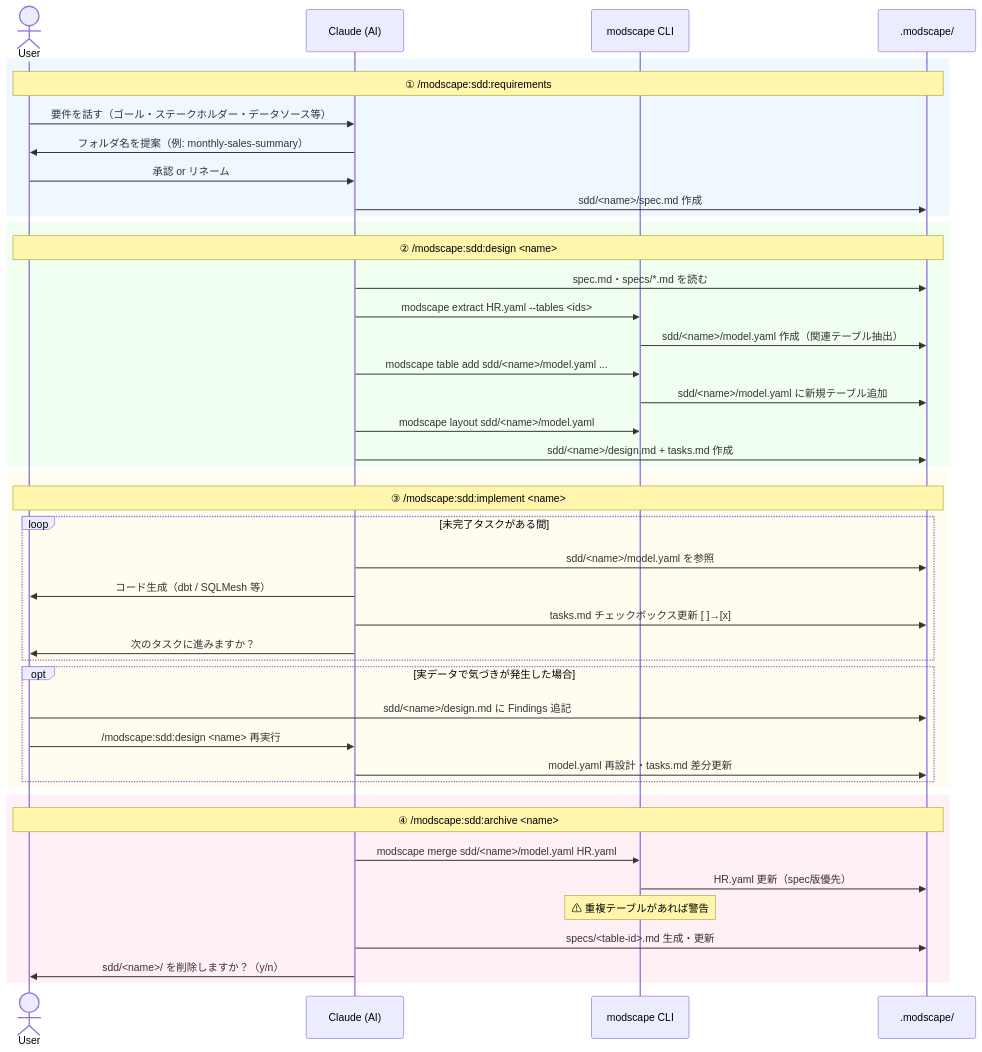
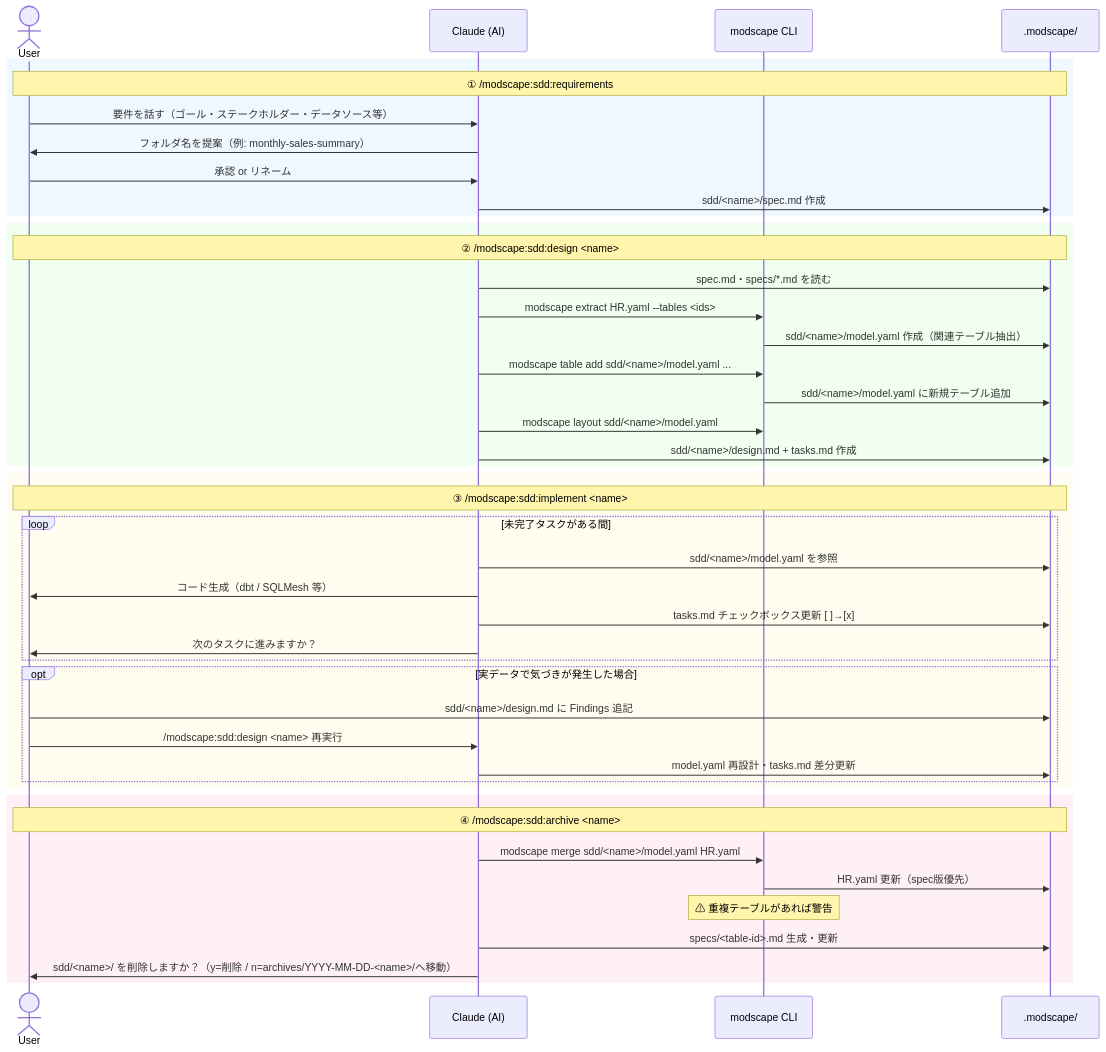
The diagram in README.ja.md (yujikawa/modscape), drawn with Mermaid before and after one commit. The commit also changed other lines of this file and 2 other files, not shown here.

Commit message:
Modify archive

````diff
--- a/README.ja.md
+++ b/README.ja.md
@@ -560,50 +560,50 @@
 ```mermaid
 sequenceDiagram
     actor User
     participant AI as Claude (AI)
     participant CLI as modscape CLI
     participant FS as .modscape/
 
     rect rgb(240, 248, 255)
         Note over User,FS: ① /modscape:sdd:requirements
         User->>AI: 要件を話す（ゴール・ステークホルダー・データソース等）
         AI->>User: フォルダ名を提案（例: monthly-sales-summary）
         User->>AI: 承認 or リネーム
         AI->>FS: sdd/<name>/spec.md 作成
     end
 
     rect rgb(240, 255, 240)
         Note over User,FS: ② /modscape:sdd:design <name>
         AI->>FS: spec.md・specs/*.md を読む
         AI->>CLI: modscape extract HR.yaml --tables <ids>
         CLI->>FS: sdd/<name>/model.yaml 作成（関連テーブル抽出）
         AI->>CLI: modscape table add sdd/<name>/model.yaml ...
         CLI->>FS: sdd/<name>/model.yaml に新規テーブル追加
         AI->>CLI: modscape layout sdd/<name>/model.yaml
         AI->>FS: sdd/<name>/design.md + tasks.md 作成
     end
 
     rect rgb(255, 253, 240)
         Note over User,FS: ③ /modscape:sdd:implement <name>
         loop 未完了タスクがある間
             AI->>FS: sdd/<name>/model.yaml を参照
             AI->>User: コード生成（dbt / SQLMesh 等）
             AI->>FS: tasks.md チェックボックス更新 [ ]→[x]
             AI->>User: 次のタスクに進みますか？
         end
         opt 実データで気づきが発生した場合
             User->>FS: sdd/<name>/design.md に Findings 追記
             User->>AI: /modscape:sdd:design <name> 再実行
             AI->>FS: model.yaml 再設計・tasks.md 差分更新
         end
     end
 
     rect rgb(255, 240, 245)
         Note over User,FS: ④ /modscape:sdd:archive <name>
         AI->>CLI: modscape merge sdd/<name>/model.yaml HR.yaml
         CLI->>FS: HR.yaml 更新（spec版優先）
         Note over CLI: ⚠ 重複テーブルがあれば警告
         AI->>FS: specs/<table-id>.md 生成・更新
-        AI->>User: sdd/<name>/ を削除しますか？（y/n）
+        AI->>User: sdd/<name>/ を削除しますか？（y=削除 / n=archives/YYYY-MM-DD-<name>/へ移動）
     end
 ```
````
